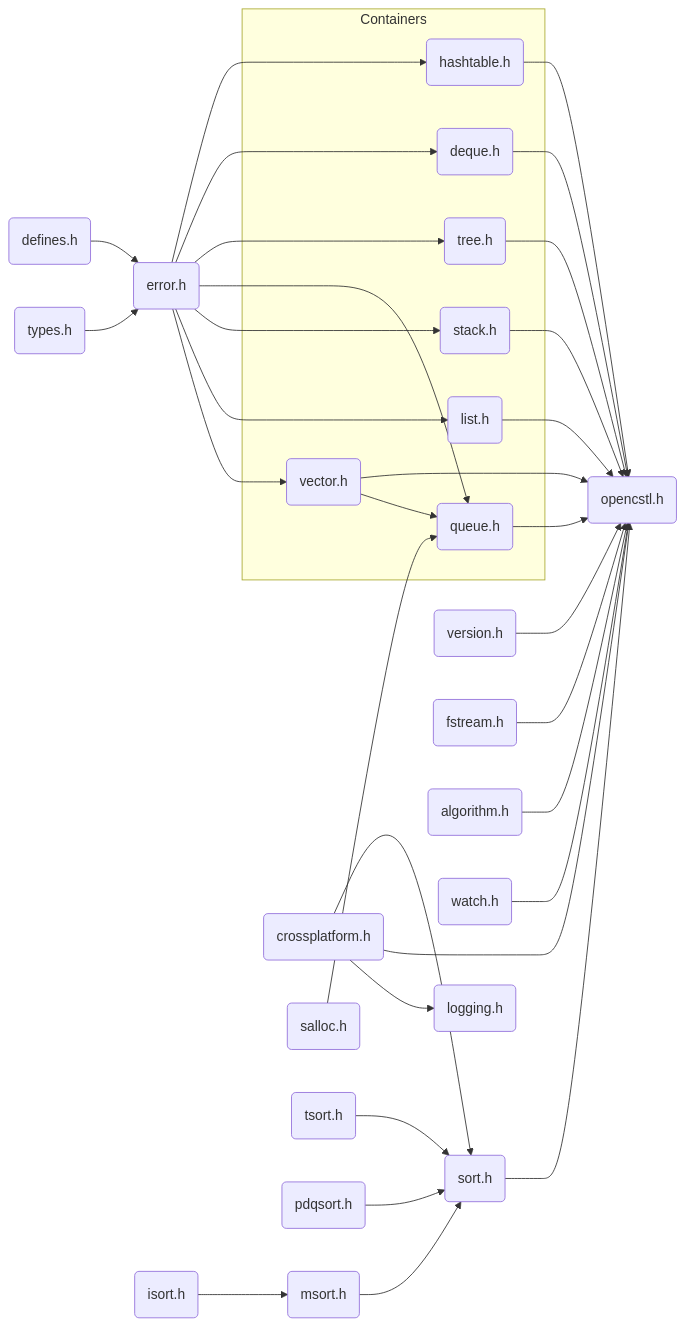
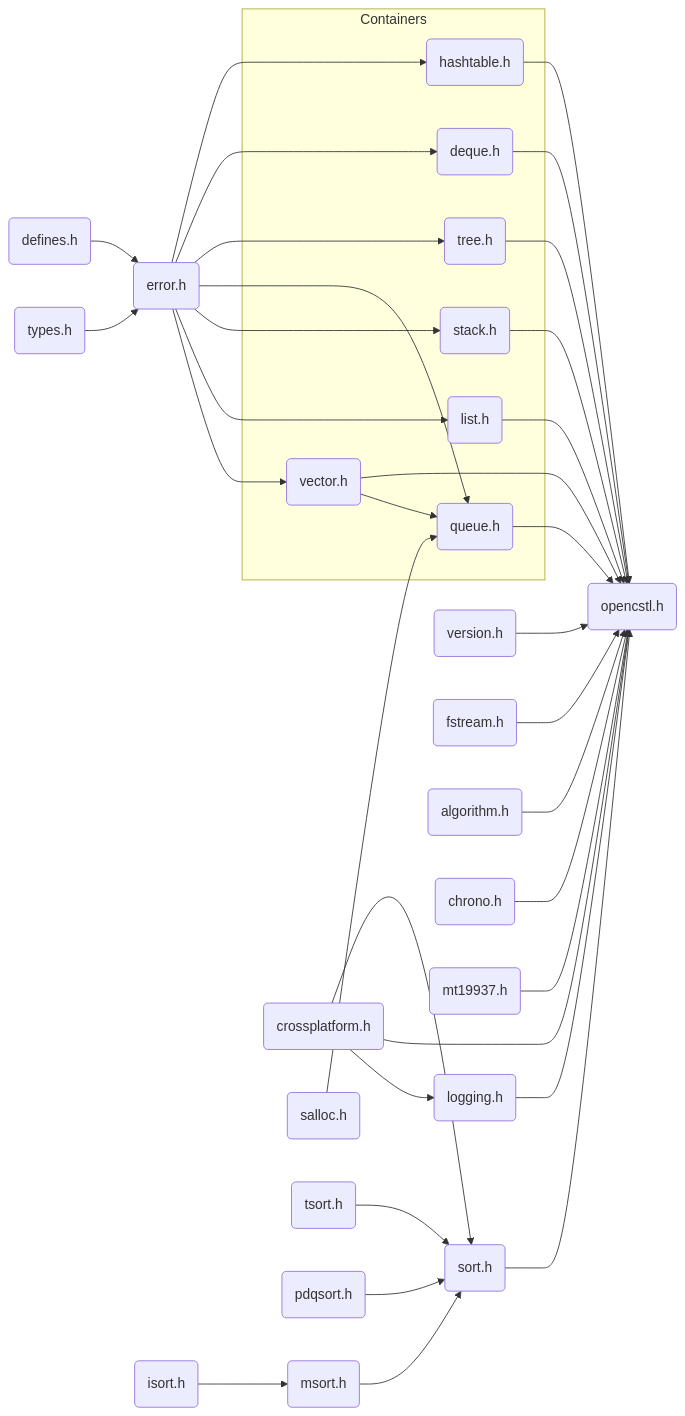
One commit to springkim/OpenCSTL changed the diagram in README.md. Above: the diagram before and after it, drawn with Mermaid. The commit also changed other lines of this file and 23 other files, not shown here.

````diff
--- a/README.md
+++ b/README.md
@@ -161,45 +165,47 @@
 ```mermaid
 
   flowchart LR
       T(types.h) --> E(error.h)
       D(defines.h) --> E(error.h)
       C(crossplatform.h) --> L(logging.h)
       E(error.h) --> V(vector.h)
       E(error.h) --> LST(list.h)
       E(error.h) --> S(stack.h)
       SALLOC(salloc.h) --> Q(queue.h)
       E(error.h) --> Q(queue.h)
       V(vector.h) --> Q(queue.h)
       E(error.h) --> TREE(tree.h)
       E(error.h) --> DQ(deque.h)
       E(error.h) --> H(hashtable.h)
 
       subgraph CONTAINERS[Containers]
           V(vector.h)
           LST(list.h)
           S(stack.h)
           Q(queue.h)
           TREE(tree.h)
           DQ(deque.h)
           H(hashtable.h)
       end
 
       C(crossplatform.h) --> OCSTL(opencstl.h)
       V(vector.h) --> OCSTL(opencstl.h)
       LST(list.h) --> OCSTL(opencstl.h)
       TREE(tree.h) --> OCSTL(opencstl.h)
       S(stack.h) --> OCSTL(opencstl.h)
       Q(queue.h) --> OCSTL(opencstl.h)
       DQ(deque.h) --> OCSTL(opencstl.h)
       H(hashtable.h) --> OCSTL(opencstl.h)
       ISORT(isort.h) --> MSORT(msort.h)
       TSORT(tsort.h) --> SORT(sort.h)
       MSORT(msort.h) --> SORT(sort.h)
       PDQSORT(pdqsort.h) --> SORT(sort.h)
       C(crossplatform.h) --> SORT(sort.h)
       SORT(sort.h) --> OCSTL(opencstl.h)
       VER(version.h) --> OCSTL(opencstl.h)
       FS(fstream.h) --> OCSTL(opencstl.h)
       ALGO(algorithm.h) --> OCSTL(opencstl.h)
-      WATCH(watch.h) --> OCSTL(opencstl.h)
+      WATCH(chrono.h) --> OCSTL(opencstl.h)
+      L(logging.h) --> OCSTL(opencstl.h)
+      MT(mt19937.h) --> OCSTL(opencstl.h)
 ```
````
